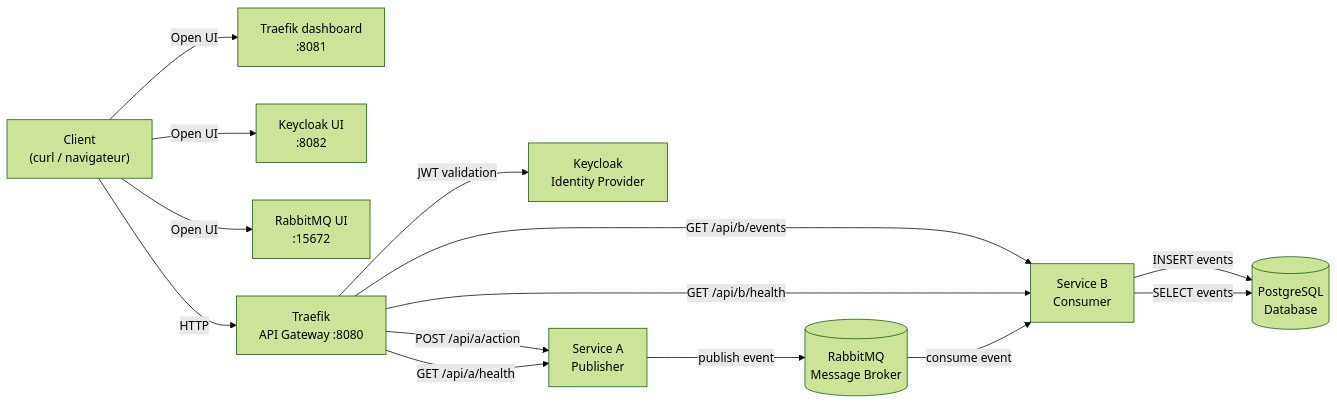
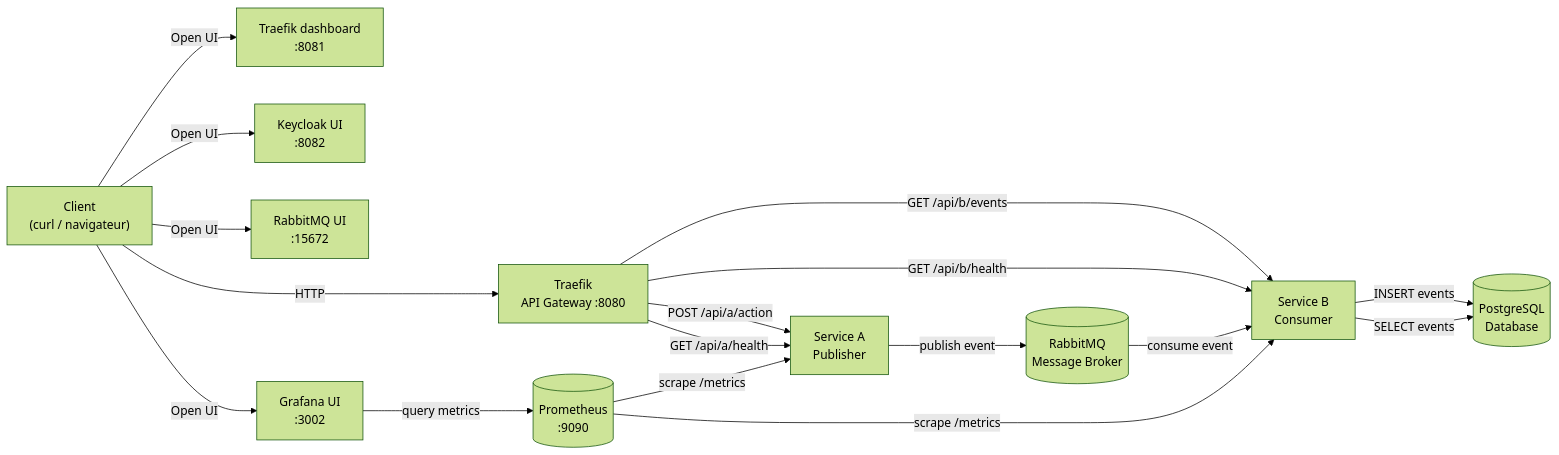
Before and after one commit to emf-info-321/321TT: the diagram in readme.MD, drawn with Mermaid (forest theme).

````diff
--- a/readme.MD
+++ b/readme.MD
@@ -17,40 +17,48 @@
 ```mermaid
 flowchart LR
   %% Clients & UIs
   U["Client<br/>(curl / navigateur)"]
   T_UI["Traefik dashboard<br/>:8081"]
   KC_UI["Keycloak UI<br/>:8082"]
   RMQ_UI["RabbitMQ UI<br/>:15672"]
+  G_UI["Grafana UI<br/>:3002"]
 
   %% Core components
   T["Traefik<br/>API Gateway :8080"]
-  KC["Keycloak<br/>Identity Provider"]
   A["Service A<br/>Publisher"]
   B["Service B<br/>Consumer"]
   RMQ[("RabbitMQ<br/>Message Broker")]
   PG[("PostgreSQL<br/>Database")]
 
+  %% Observability
+  PROM[("Prometheus<br/>:9090")]
+
+
   %% Access to UIs
   U -->|"Open UI"| T_UI
   U -->|"Open UI"| KC_UI
   U -->|"Open UI"| RMQ_UI
+  U -->|"Open UI"| G_UI
 
   %% Entry point
   U -->|"HTTP"| T
-
-  %% Auth path (for protected routes)
-  T -->|"JWT validation"| KC
 
   %% Gateway routes
   T -->|"POST /api/a/action"| A
   T -->|"GET /api/a/health"| A
 
   T -->|"GET /api/b/events"| B
   T -->|"GET /api/b/health"| B
 
   %% Async flow
   A -->|"publish event"| RMQ
   RMQ -->|"consume event"| B
   B -->|"INSERT events"| PG
   B -->|"SELECT events"| PG
+
+  %% Observability flow
+  PROM -->|"scrape /metrics"| A
+  PROM -->|"scrape /metrics"| B
+  G_UI -->|"query metrics"| PROM
+
 ```
````
